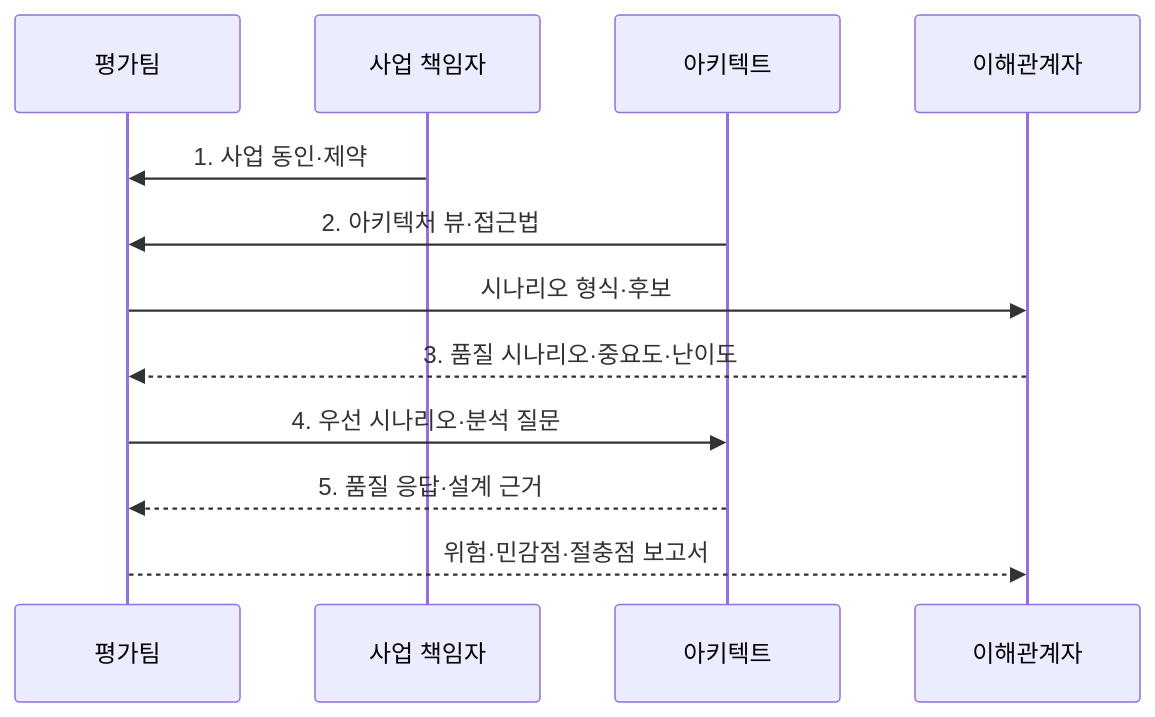
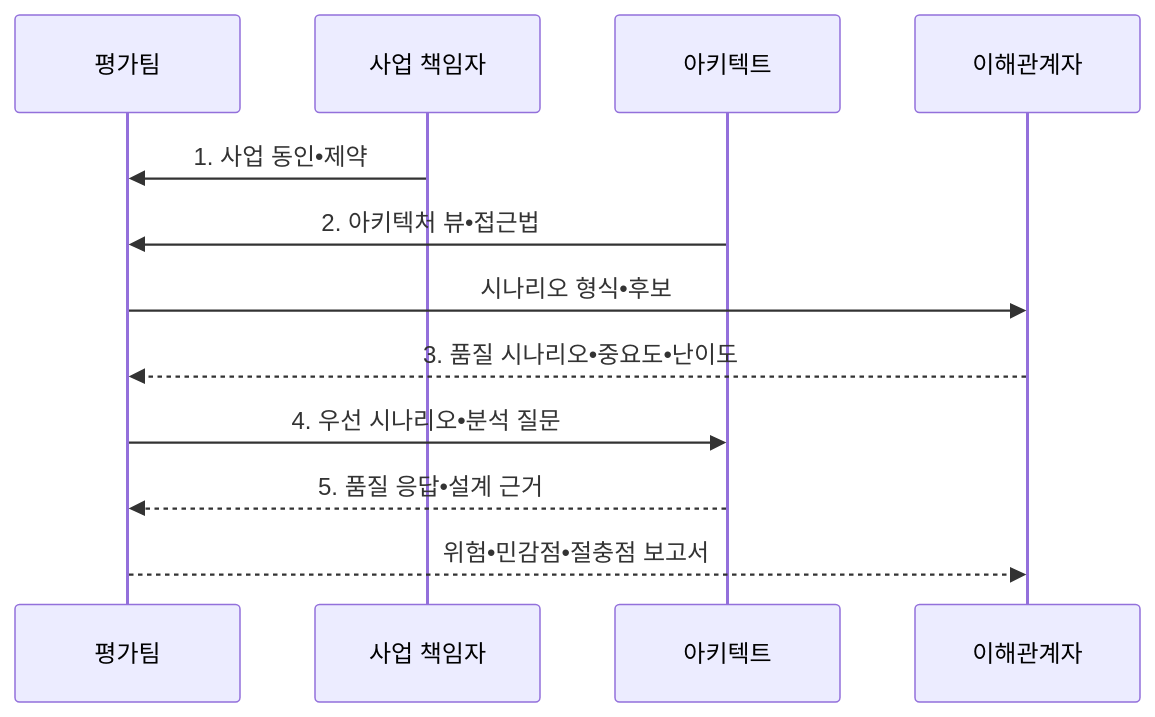
One commit to agnusdei1207/knowledge-base changed the second of 2 diagrams in src/content/docs/notes/03-software/071_atam.md. Above: the diagram before and after it, drawn with Mermaid. The commit also changed other lines of this file and 953 other files, not shown here.

````diff
--- a/src/content/docs/notes/03-software/071_atam.md
+++ b/src/content/docs/notes/03-software/071_atam.md
@@ -103,14 +103,14 @@
 ```mermaid
 sequenceDiagram
     participant E as 평가팀
     participant B as 사업 책임자
     participant A as 아키텍트
     participant S as 이해관계자
-    B->>E: 1. 사업 동인·제약
-    A->>E: 2. 아키텍처 뷰·접근법
-    E->>S: 시나리오 형식·후보
-    S-->>E: 3. 품질 시나리오·중요도·난이도
-    E->>A: 4. 우선 시나리오·분석 질문
-    A-->>E: 5. 품질 응답·설계 근거
-    E-->>S: 위험·민감점·절충점 보고서
+    B->>E: 1. 사업 동인•제약
+    A->>E: 2. 아키텍처 뷰•접근법
+    E->>S: 시나리오 형식•후보
+    S-->>E: 3. 품질 시나리오•중요도•난이도
+    E->>A: 4. 우선 시나리오•분석 질문
+    A-->>E: 5. 품질 응답•설계 근거
+    E-->>S: 위험•민감점•절충점 보고서
 ```
````
